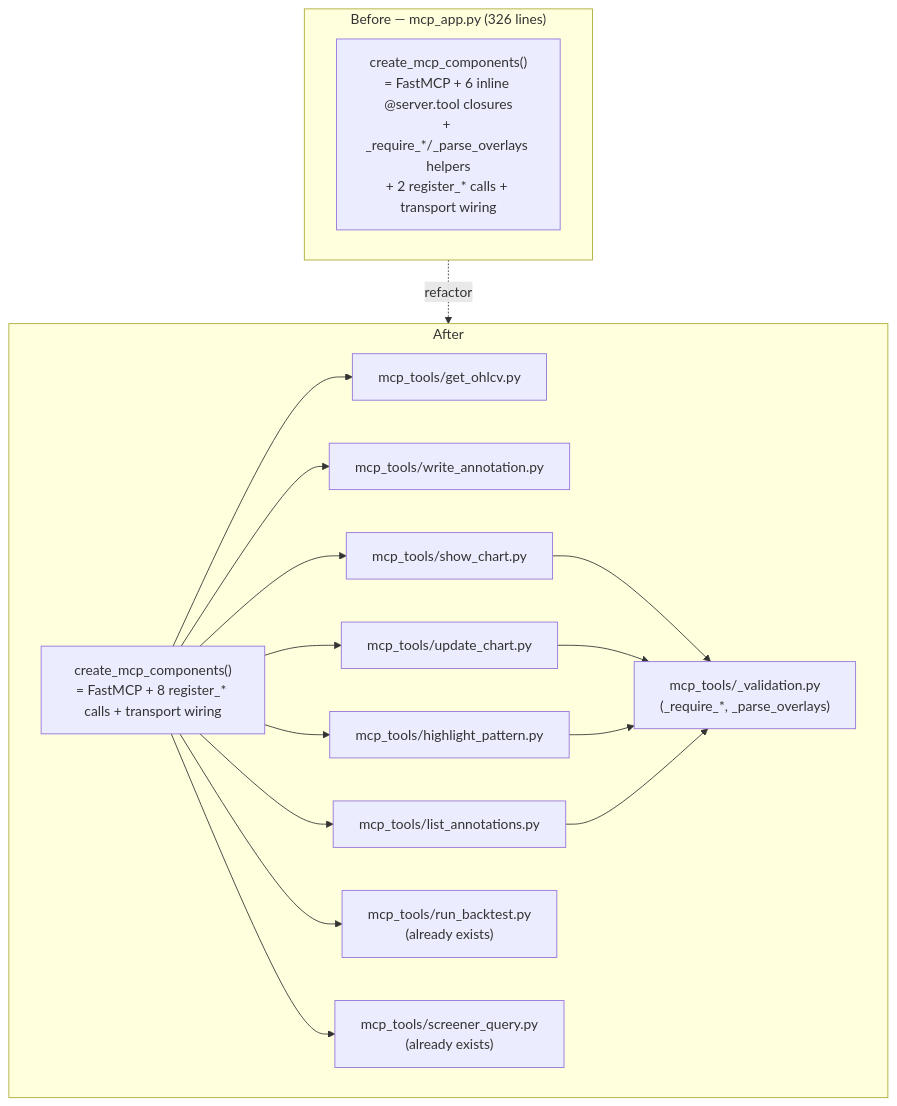
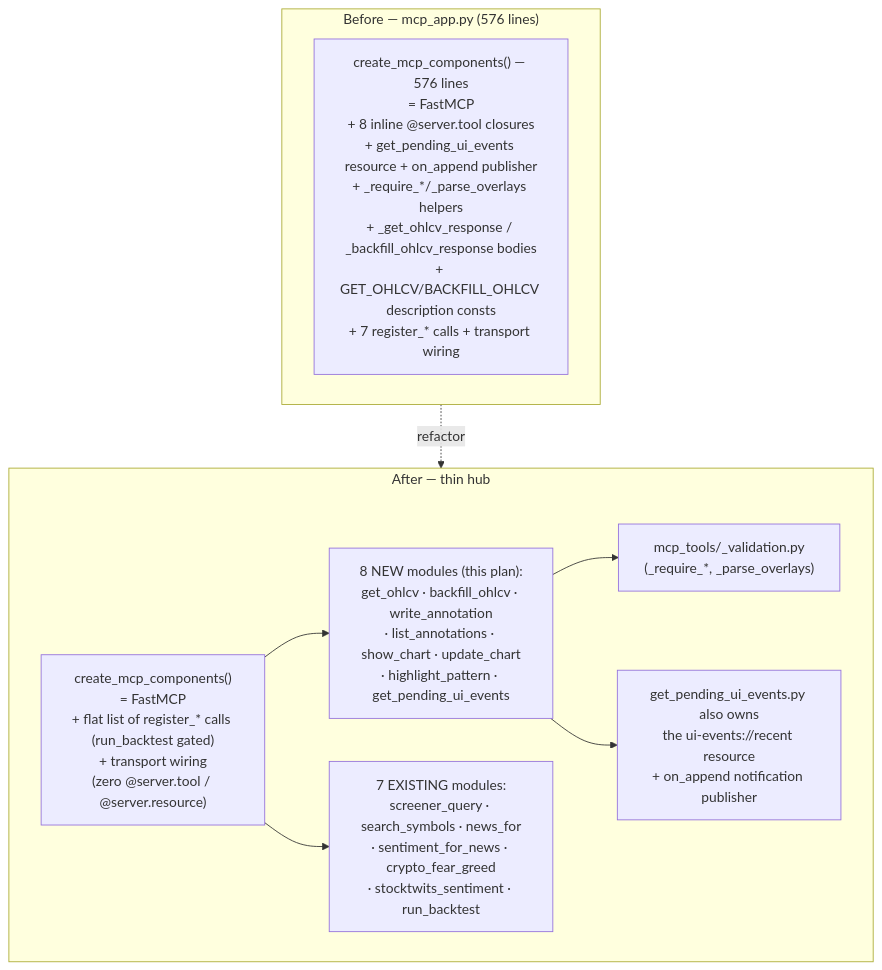
Before and after one commit to IgorKonovalov/market-analyzer: the diagram in docs/architecture/plans/0017-consolidate-mcp-tool-registration.md, drawn with Mermaid. The commit also changed other lines of this file and 8 other files, not shown here.

First line of the commit message:
docs(architect): plan-roster freshness pass + Plan 0025 (timeframe expansion) + ADR-0027/0028

````diff
--- a/docs/architecture/plans/0017-consolidate-mcp-tool-registration.md
+++ b/docs/architecture/plans/0017-consolidate-mcp-tool-registration.md
@@ -31,24 +37,20 @@
 ```mermaid
 flowchart TB
-    subgraph Before["Before — mcp_app.py (326 lines)"]
-        Factory1["create_mcp_components()<br/>= FastMCP + 6 inline @server.tool closures<br/>+ _require_*/_parse_overlays helpers<br/>+ 2 register_* calls + transport wiring"]
+    subgraph Before["Before — mcp_app.py (576 lines)"]
+        Factory1["create_mcp_components() — 576 lines<br/>= FastMCP<br/>+ 8 inline @server.tool closures<br/>+ get_pending_ui_events resource + on_append publisher<br/>+ _require_*/_parse_overlays helpers<br/>+ _get_ohlcv_response / _backfill_ohlcv_response bodies<br/>+ GET_OHLCV/BACKFILL_OHLCV description consts<br/>+ 7 register_* calls + transport wiring"]
     end
 
-    subgraph After["After"]
-        Factory2["create_mcp_components()<br/>= FastMCP + 8 register_* calls + transport wiring"]
+    subgraph After["After — thin hub"]
+        Factory2["create_mcp_components()<br/>= FastMCP<br/>+ flat list of register_* calls (run_backtest gated)<br/>+ transport wiring<br/>(zero @server.tool / @server.resource)"]
         V["mcp_tools/_validation.py<br/>(_require_*, _parse_overlays)"]
-        T1["mcp_tools/get_ohlcv.py"]
-        T2["mcp_tools/write_annotation.py"]
-        T3["mcp_tools/list_annotations.py"]
-        T4["mcp_tools/show_chart.py"]
-        T5["mcp_tools/update_chart.py"]
-        T6["mcp_tools/highlight_pattern.py"]
-        T7["mcp_tools/run_backtest.py<br/>(already exists)"]
-        T8["mcp_tools/screener_query.py<br/>(already exists)"]
-        Factory2 --> T1 & T2 & T3 & T4 & T5 & T6 & T7 & T8
-        T4 & T5 & T6 --> V
-        T3 --> V
+        NewMods["8 NEW modules (this plan):<br/>get_ohlcv · backfill_ohlcv · write_annotation<br/>· list_annotations · show_chart · update_chart<br/>· highlight_pattern · get_pending_ui_events"]
+        UiNote["get_pending_ui_events.py also owns<br/>the ui-events://recent resource<br/>+ on_append notification publisher"]
+        Existing["7 EXISTING modules:<br/>screener_query · search_symbols · news_for<br/>· sentiment_for_news · crypto_fear_greed<br/>· stocktwits_sentiment · run_backtest"]
+        Factory2 --> NewMods
+        Factory2 --> Existing
+        NewMods --> V
+        NewMods --> UiNote
     end
 
     Before -.refactor.-> After
 ```
````
